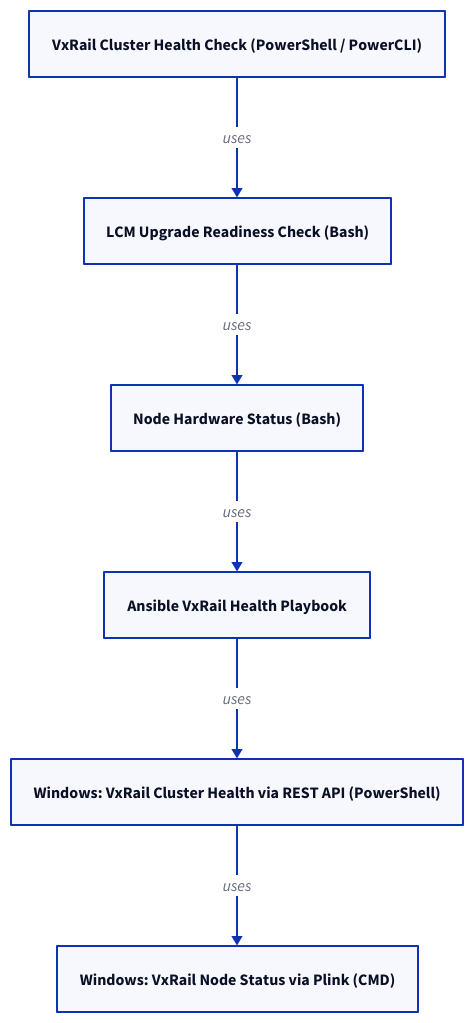
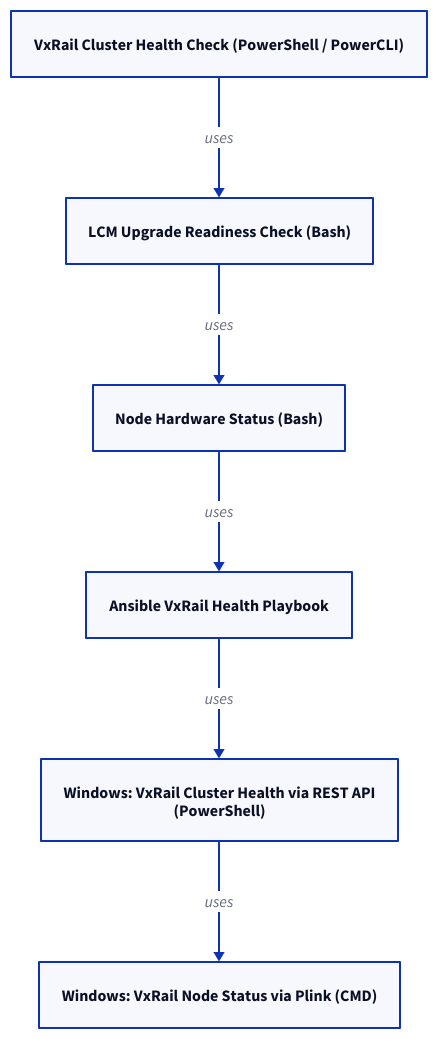
The diagram in docs/virtualization/vmware/vxrail/scripts/index.md (canast01/chris-kb), drawn with D2 before and after one commit. The commit also changed 192 other files, not shown here.

````diff
--- a/docs/virtualization/vmware/vxrail/scripts/index.md
+++ b/docs/virtualization/vmware/vxrail/scripts/index.md
@@ -15,16 +15,16 @@
 ```d2
 direction: down
 
 vxrail_cluster_health_check_powershe: "VxRail Cluster Health Check (PowerShell / PowerCLI)" {shape: rectangle}
 lcm_upgrade_readiness_check_bash: "LCM Upgrade Readiness Check (Bash)" {shape: rectangle}
 node_hardware_status_bash: "Node Hardware Status (Bash)" {shape: rectangle}
 ansible_vxrail_health_playbook: "Ansible VxRail Health Playbook" {shape: rectangle}
-windows_vxrail_cluster_health_via_re: "Windows: VxRail Cluster Health via REST API (PowerShell)" {shape: rectangle}
+windows_vxrail_cluster_health_via_re: "Windows: VxRail Cluster Health via REST API\n(PowerShell)" {shape: rectangle}
 windows_vxrail_node_status_via_plink: "Windows: VxRail Node Status via Plink (CMD)" {shape: rectangle}
 
 vxrail_cluster_health_check_powershe -> lcm_upgrade_readiness_check_bash: uses
 lcm_upgrade_readiness_check_bash -> node_hardware_status_bash: uses
 node_hardware_status_bash -> ansible_vxrail_health_playbook: uses
 ansible_vxrail_health_playbook -> windows_vxrail_cluster_health_via_re: uses
 windows_vxrail_cluster_health_via_re -> windows_vxrail_node_status_via_plink: uses
 ```
````
